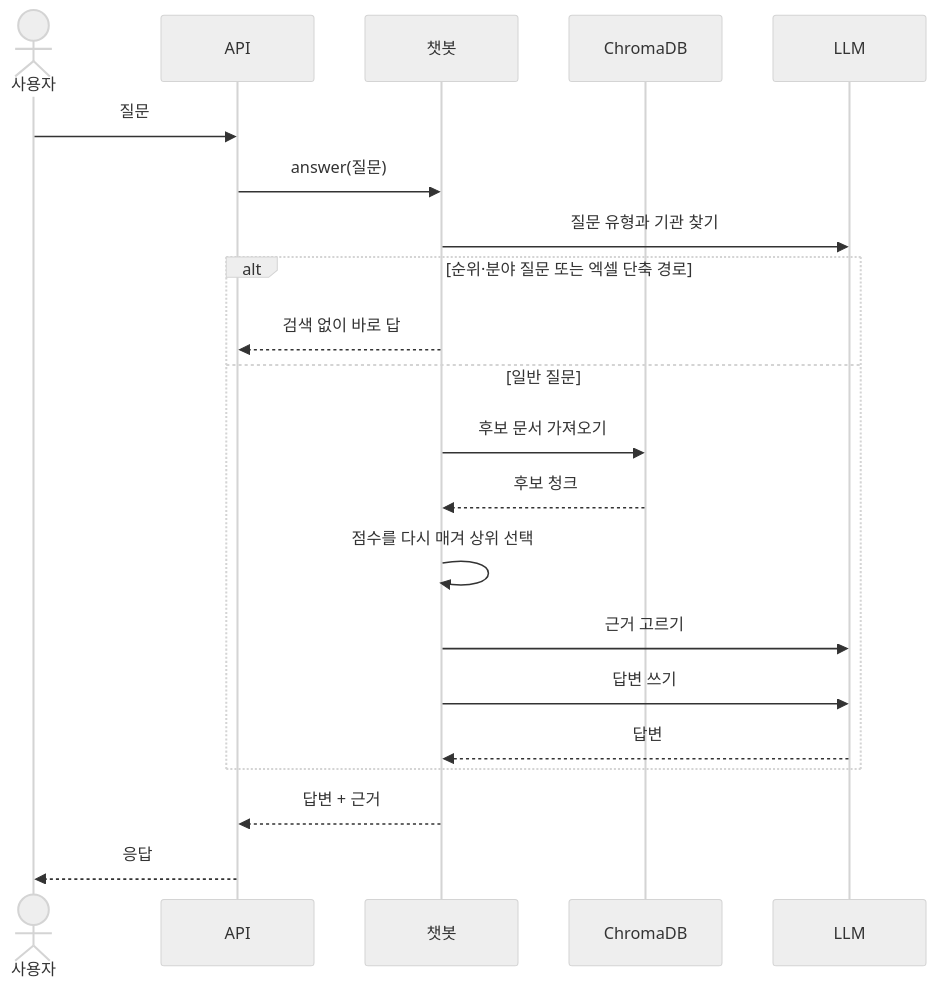
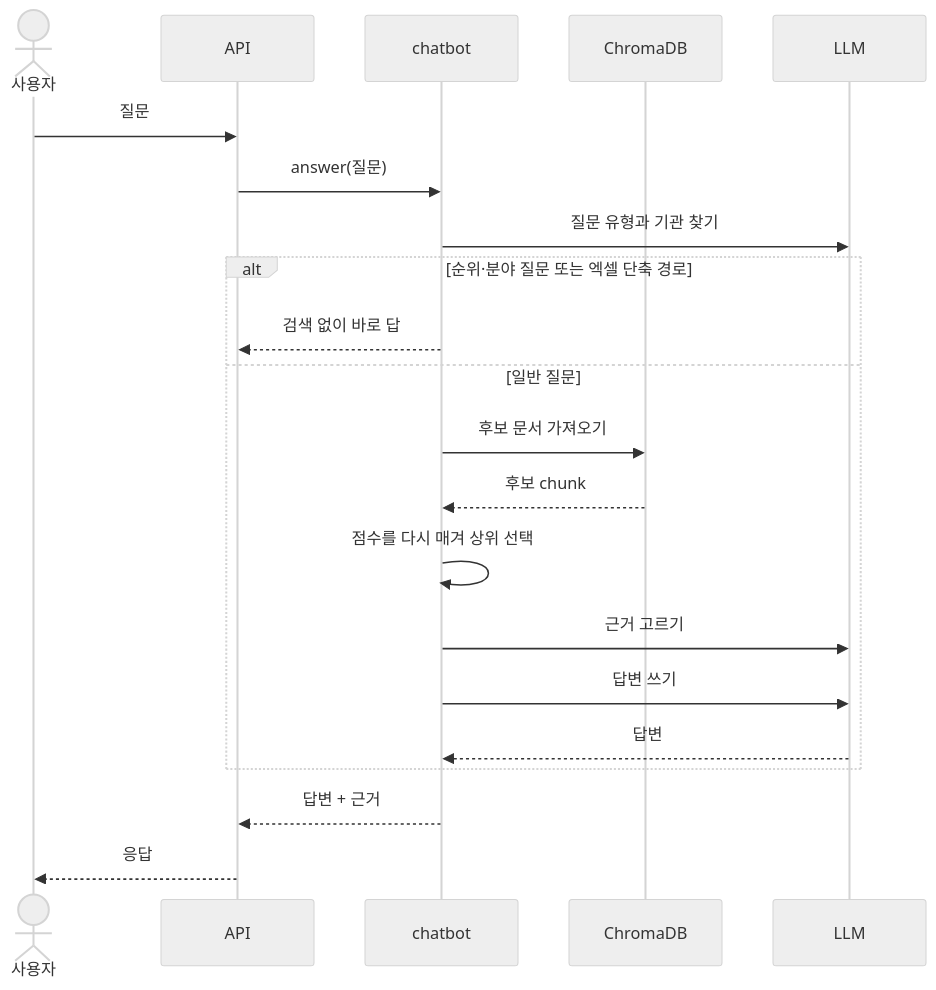
One commit to adover134/hierarchical-md-rag changed the second of 2 diagrams in docs/03_아키텍처.md. Above: the diagram before and after it, drawn with Mermaid (neutral theme). The commit also changed other lines of this file and 24 other files, not shown here.

````diff
--- a/docs/03_아키텍처.md
+++ b/docs/03_아키텍처.md
@@ -55,24 +55,24 @@
 ```mermaid
 sequenceDiagram
     actor U as 사용자
     participant A as API
-    participant B as 챗봇
+    participant B as chatbot
     participant D as ChromaDB
     participant L as LLM
 
     U->>A: 질문
     A->>B: answer(질문)
     B->>L: 질문 유형과 기관 찾기
     alt 순위·분야 질문 또는 엑셀 단축 경로
         B-->>A: 검색 없이 바로 답
     else 일반 질문
         B->>D: 후보 문서 가져오기
-        D-->>B: 후보 청크
+        D-->>B: 후보 chunk
         B->>B: 점수를 다시 매겨 상위 선택
         B->>L: 근거 고르기
         B->>L: 답변 쓰기
         L-->>B: 답변
     end
     B-->>A: 답변 + 근거
     A-->>U: 응답
 ```
````
